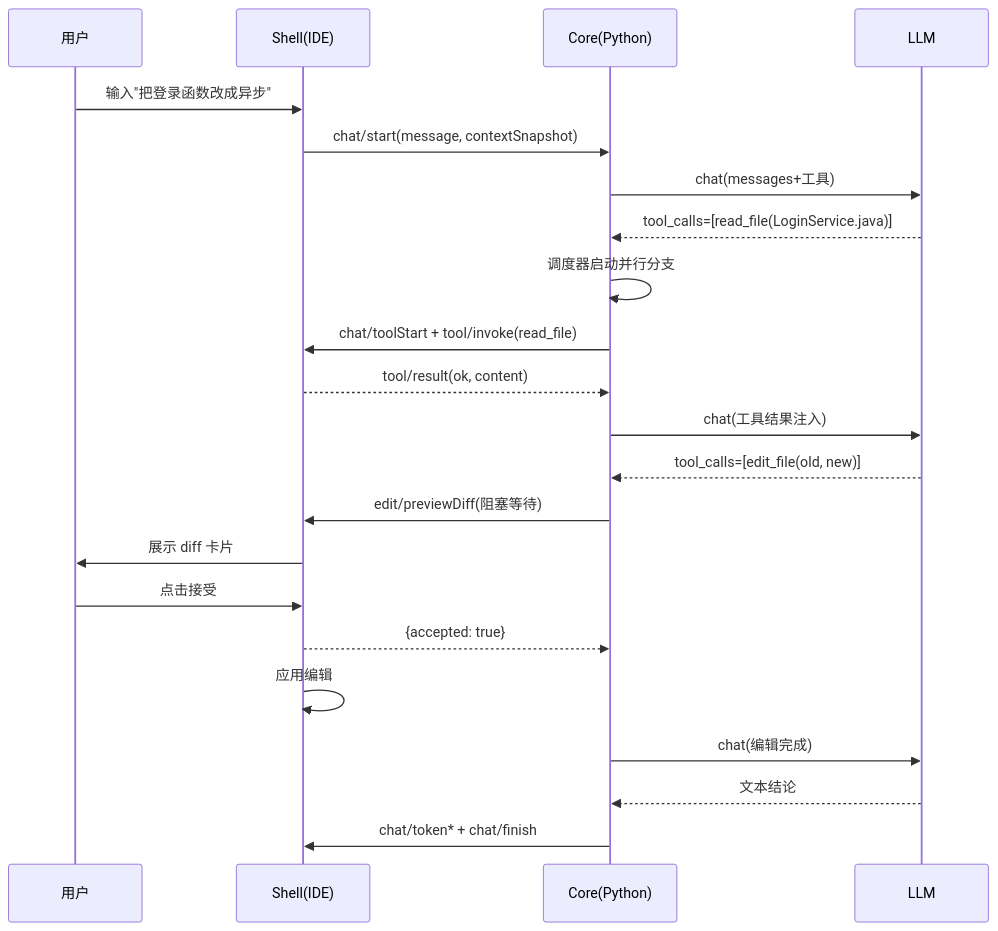
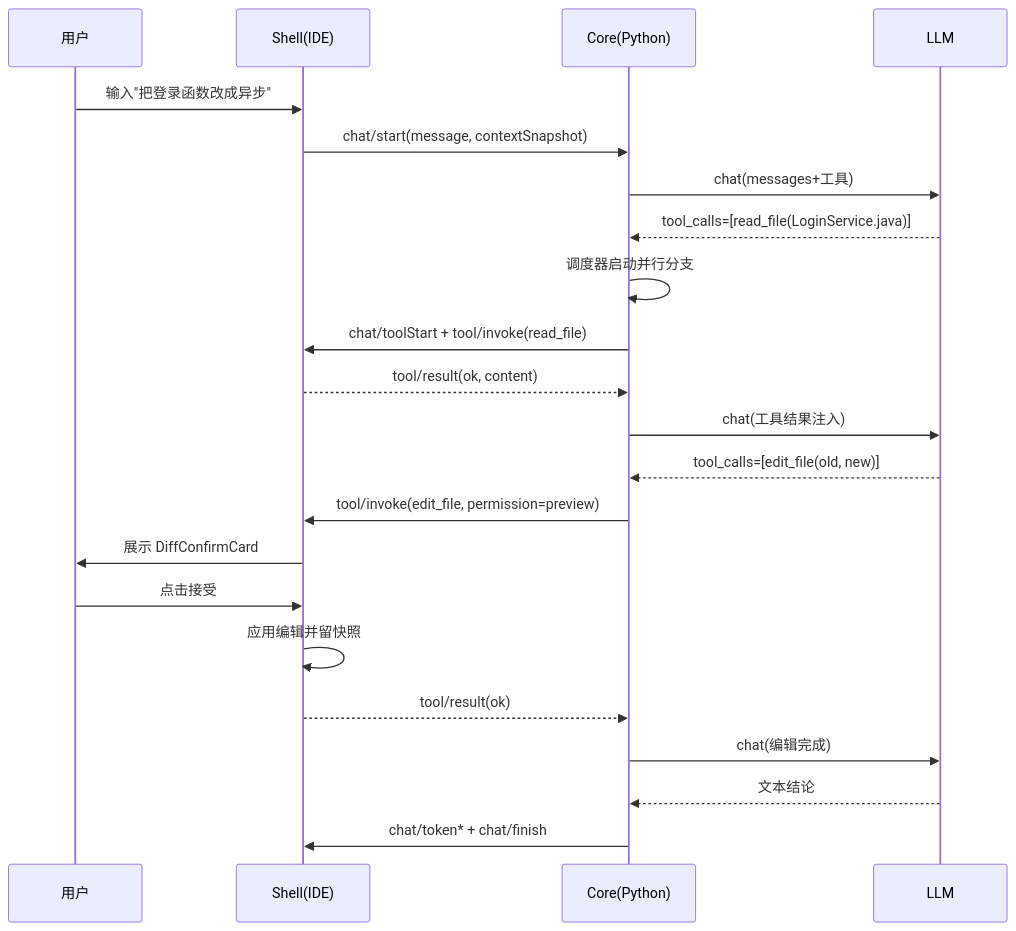
Before and after one commit to stephen-coding/workreport: the diagram in docs/AGENT_REFACTOR_DETAILED_DESIGN.md, drawn with Mermaid. The commit also changed other lines of this file, not shown here.

````diff
--- a/docs/AGENT_REFACTOR_DETAILED_DESIGN.md
+++ b/docs/AGENT_REFACTOR_DETAILED_DESIGN.md
@@ -125,24 +166,24 @@
 ```mermaid
 sequenceDiagram
     participant U as 用户
     participant S as Shell(IDE)
     participant C as Core(Python)
     participant L as LLM
     U->>S: 输入"把登录函数改成异步"
     S->>C: chat/start(message, contextSnapshot)
     C->>L: chat(messages+工具)
     L-->>C: tool_calls=[read_file(LoginService.java)]
     C->>C: 调度器启动并行分支
     C->>S: chat/toolStart + tool/invoke(read_file)
     S-->>C: tool/result(ok, content)
     C->>L: chat(工具结果注入)
     L-->>C: tool_calls=[edit_file(old, new)]
-    C->>S: edit/previewDiff(阻塞等待)
-    S->>U: 展示 diff 卡片
+    C->>S: tool/invoke(edit_file, permission=preview)
+    S->>U: 展示 DiffConfirmCard
     U->>S: 点击接受
-    S-->>C: {accepted: true}
-    S->>S: 应用编辑
+    S->>S: 应用编辑并留快照
+    S-->>C: tool/result(ok)
     C->>L: chat(编辑完成)
     L-->>C: 文本结论
     C->>S: chat/token* + chat/finish
 ```
````
